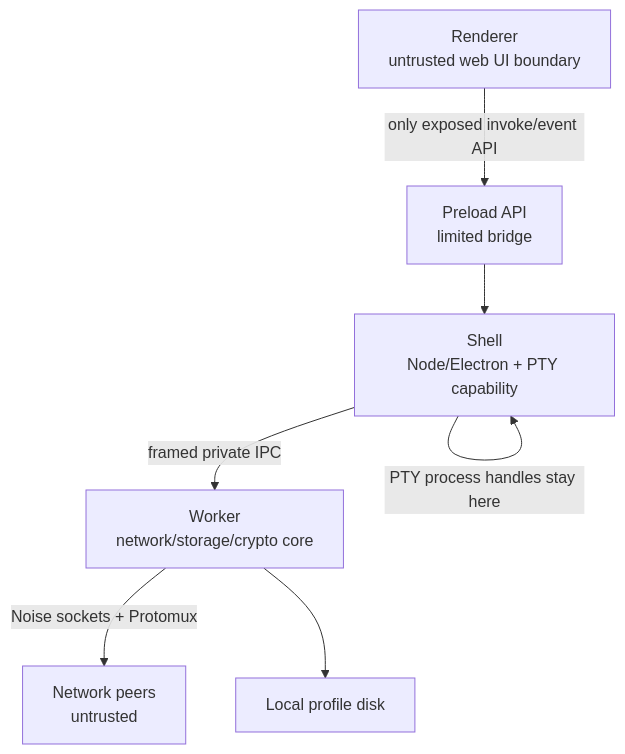
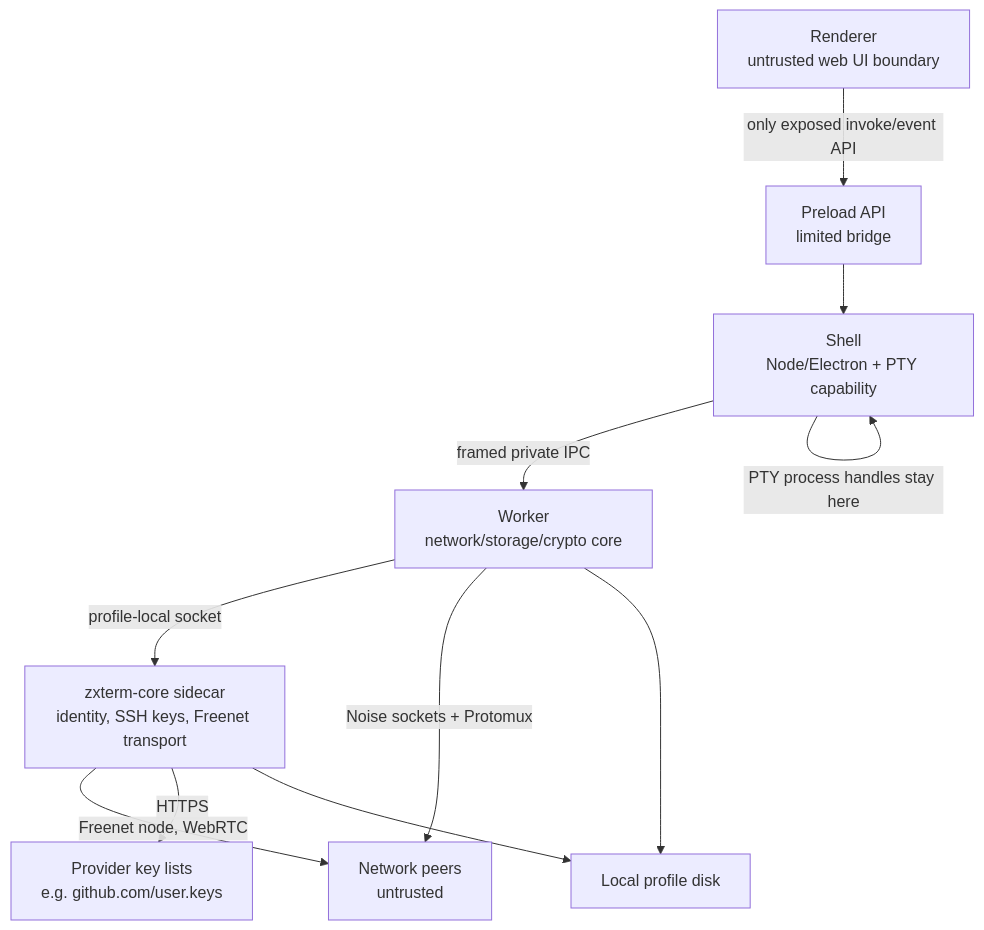
One commit to zevix/zbterm changed diagram 19 of 19 in docs/ARCHITECTURE.md. Above: the diagram before and after it, drawn with Mermaid. The commit also changed other lines of this file and 85 other files, not shown here.

````diff
--- a/docs/ARCHITECTURE.md
+++ b/docs/ARCHITECTURE.md
@@ -1492,16 +1704,22 @@
 ```mermaid
 flowchart TB
   Renderer[Renderer<br/>untrusted web UI boundary]
   Preload[Preload API<br/>limited bridge]
   Shell[Shell<br/>Node/Electron + PTY capability]
   Worker[Worker<br/>network/storage/crypto core]
+  Sidecar[zxterm-core sidecar<br/>identity, SSH keys, Freenet transport]
   Network[Network peers<br/>untrusted]
+  Provider[Provider key lists<br/>e.g. github.com/user.keys]
   Disk[Local profile disk]
 
   Renderer -->|only exposed invoke/event API| Preload
   Preload --> Shell
   Shell -->|framed private IPC| Worker
+  Worker -->|profile-local socket| Sidecar
   Worker -->|Noise sockets + Protomux| Network
+  Sidecar -->|Freenet node, WebRTC| Network
+  Sidecar -->|HTTPS| Provider
   Worker --> Disk
+  Sidecar --> Disk
   Shell -->|PTY process handles stay here| Shell
 ```
````
